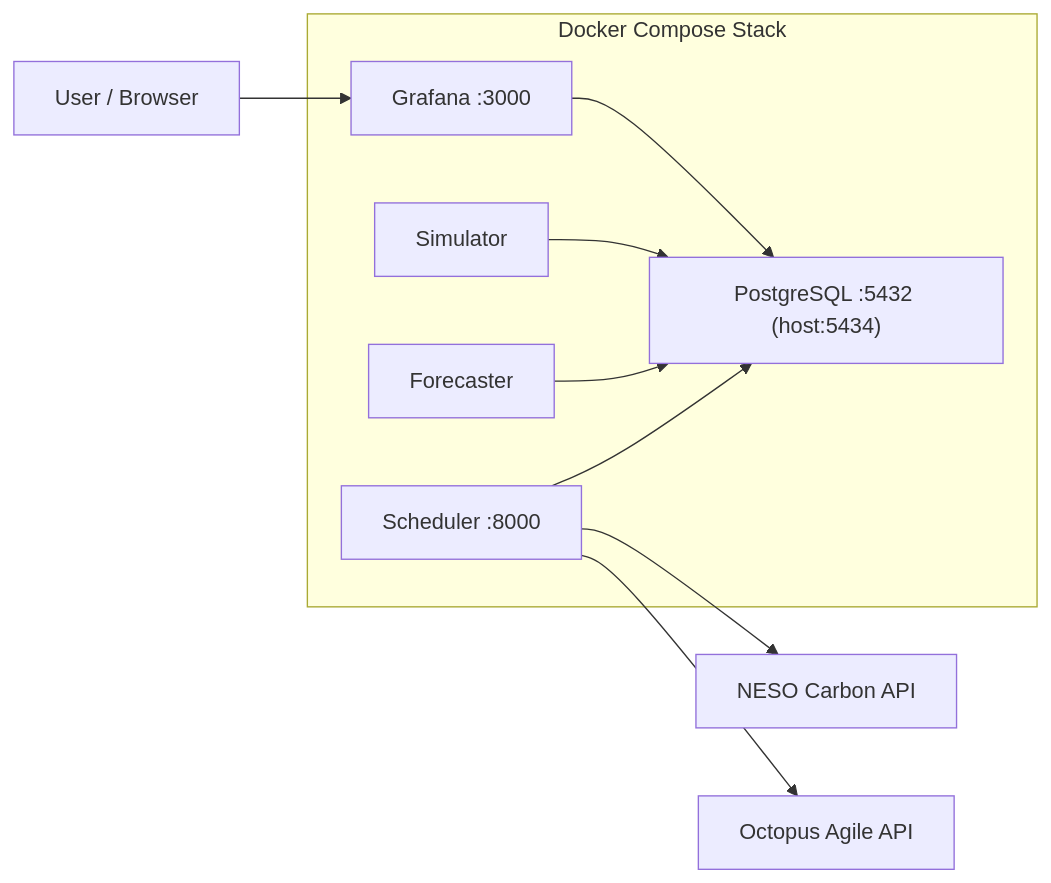
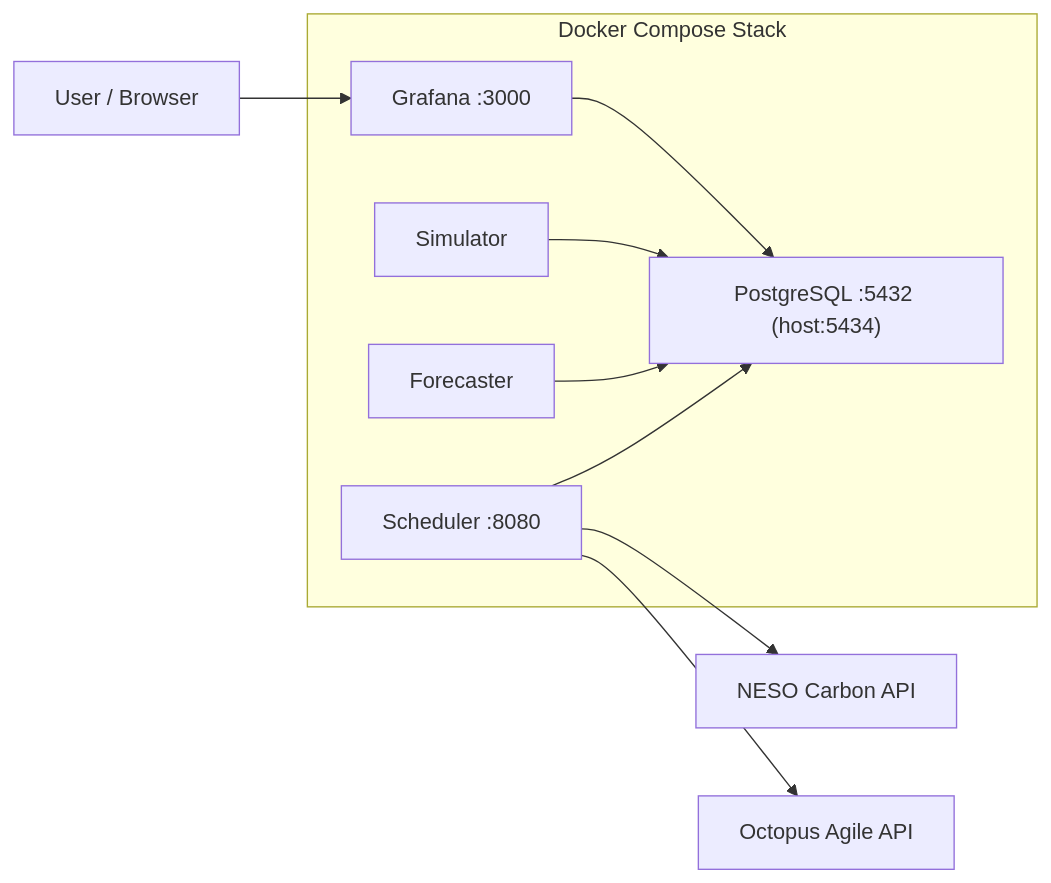
One commit to idt4gdc/idt4gdc-grafana-demo changed the first of 2 diagrams in README.md. Above: the diagram before and after it, drawn with Mermaid. The commit also changed other lines of this file and 6 other files, not shown here.

````diff
--- a/README.md
+++ b/README.md
@@ -163,18 +163,18 @@
 ```mermaid
 flowchart LR
     U["User / Browser"] --> G["Grafana :3000"]
     G --> P["PostgreSQL :5432 (host:5434)"]
     S["Simulator"] --> P
     F["Forecaster"] --> P
-    SC["Scheduler :8000"] --> P
+    SC["Scheduler :8080"] --> P
     SC --> NESO["NESO Carbon API"]
     SC --> OCT["Octopus Agile API"]
 
     subgraph DemoStack["Docker Compose Stack"]
         G
         P
         S
         F
         SC
     end
 ```
````
